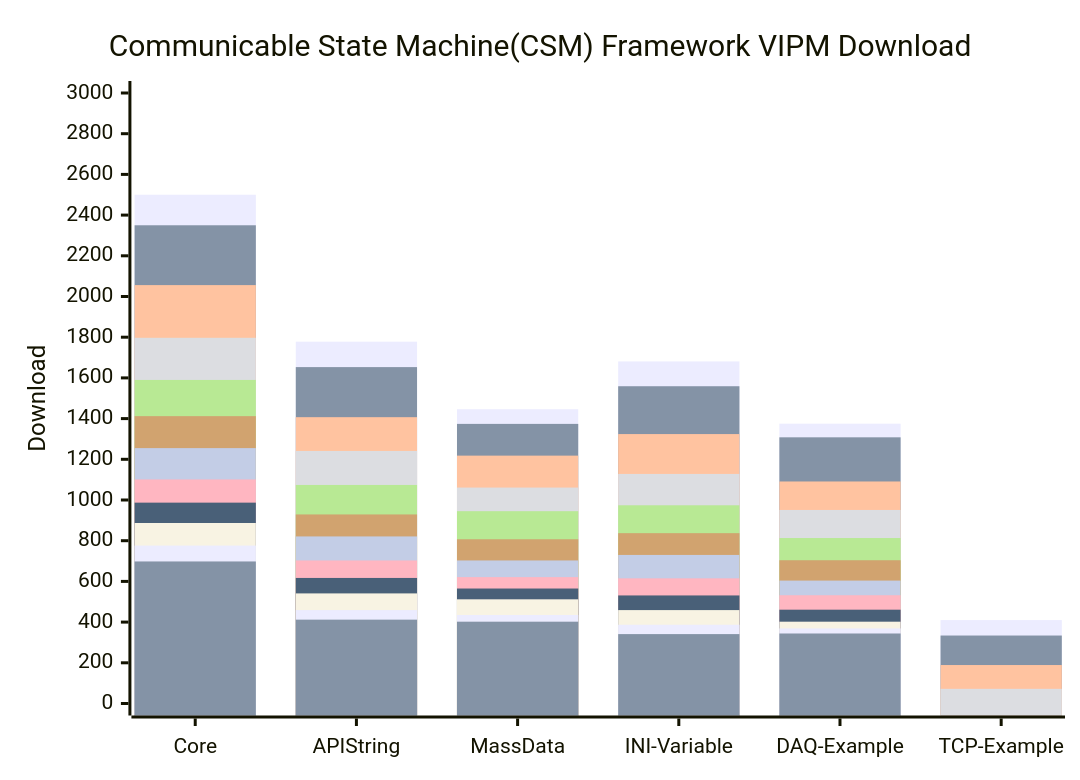
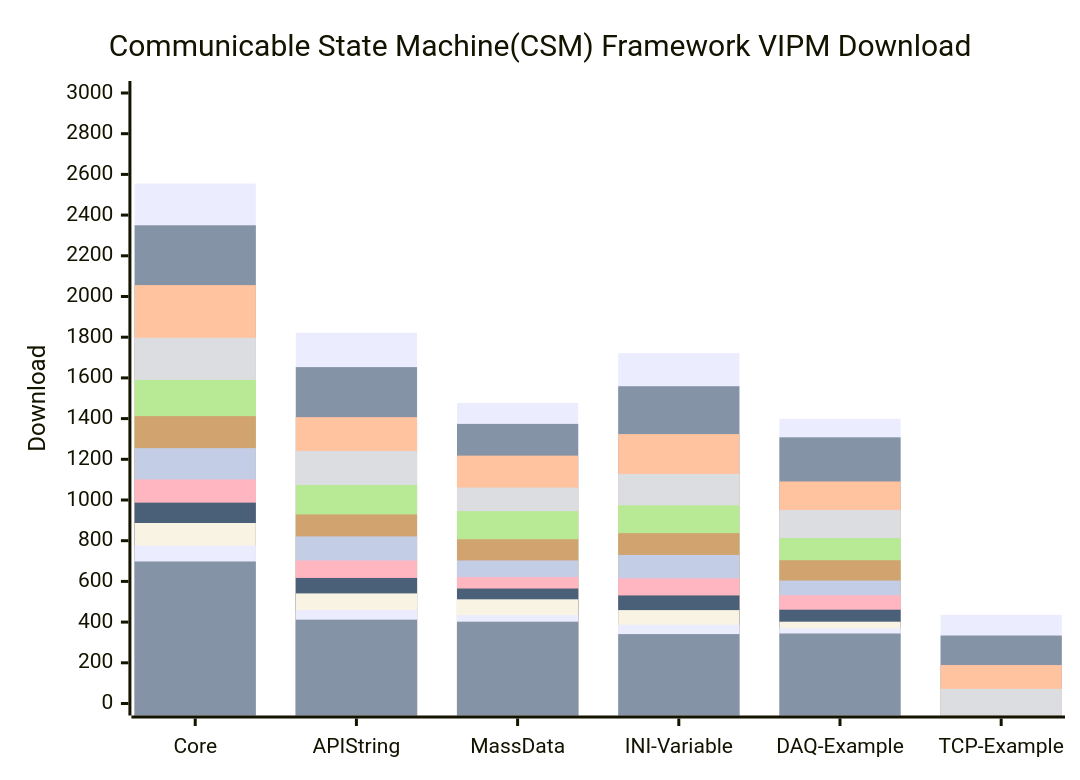
The diagram in profile/README.md (NEVSTOP-LAB/.github), drawn with Mermaid before and after one commit.

````diff
--- a/profile/README.md
+++ b/profile/README.md
@@ -31,18 +31,18 @@
 ```mermaid
     xychart-beta
     title "Communicable State Machine(CSM) Framework VIPM Download"
     x-axis [Core, API String, MassData, INI-Variable, DAQ-Example, TCP-Example]
     y-axis "Download" 0 --> 3000
-    bar   [2500, 1778, 1446, 1681, 1375, 410]
+    bar   [2555, 1822, 1477, 1722, 1399, 436]
     bar   [2350, 1653, 1374, 1559, 1308, 334]
     bar   [2056, 1407, 1218, 1324, 1091, 189]
     bar   [1797, 1241, 1061, 1128, 951, 72]
     bar   [1590, 1074, 945, 974, 813]
     bar   [1412, 929, 807, 837, 704]
     bar   [1255, 821, 703, 730, 604]
     bar   [1101, 703, 621, 615, 532]
     bar   [987, 617, 565, 531, 461]
     bar   [887, 541, 512, 459, 402]
     bar   [776, 459, 435, 387, 369]
     bar   [698, 412, 402, 341, 344]
 ```
````
